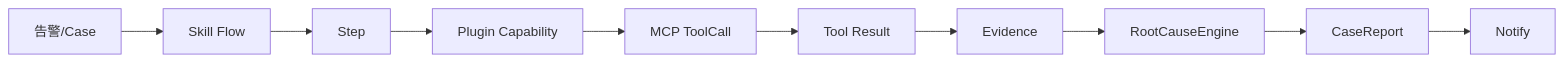
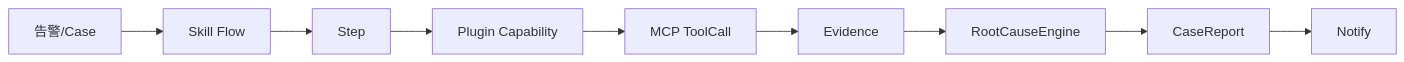
The diagram in README.md (iceycn/root-seeker-v2), drawn with Mermaid before and after one commit. The commit also changed other lines of this file, not shown here.

````diff
--- a/README.md
+++ b/README.md
@@ -125,12 +72,11 @@
 ```mermaid
 flowchart LR
   A[告警/Case] --> B[Skill Flow]
   B --> C[Step]
   C --> D[Plugin Capability]
   D --> E[MCP ToolCall]
-  E --> F[Tool Result]
-  F --> G[Evidence]
-  G --> H[RootCauseEngine]
-  H --> I[CaseReport]
-  I --> J[Notify]
+  E --> F[Evidence]
+  F --> G[RootCauseEngine]
+  G --> H[CaseReport]
+  H --> I[Notify]
 ```
````
